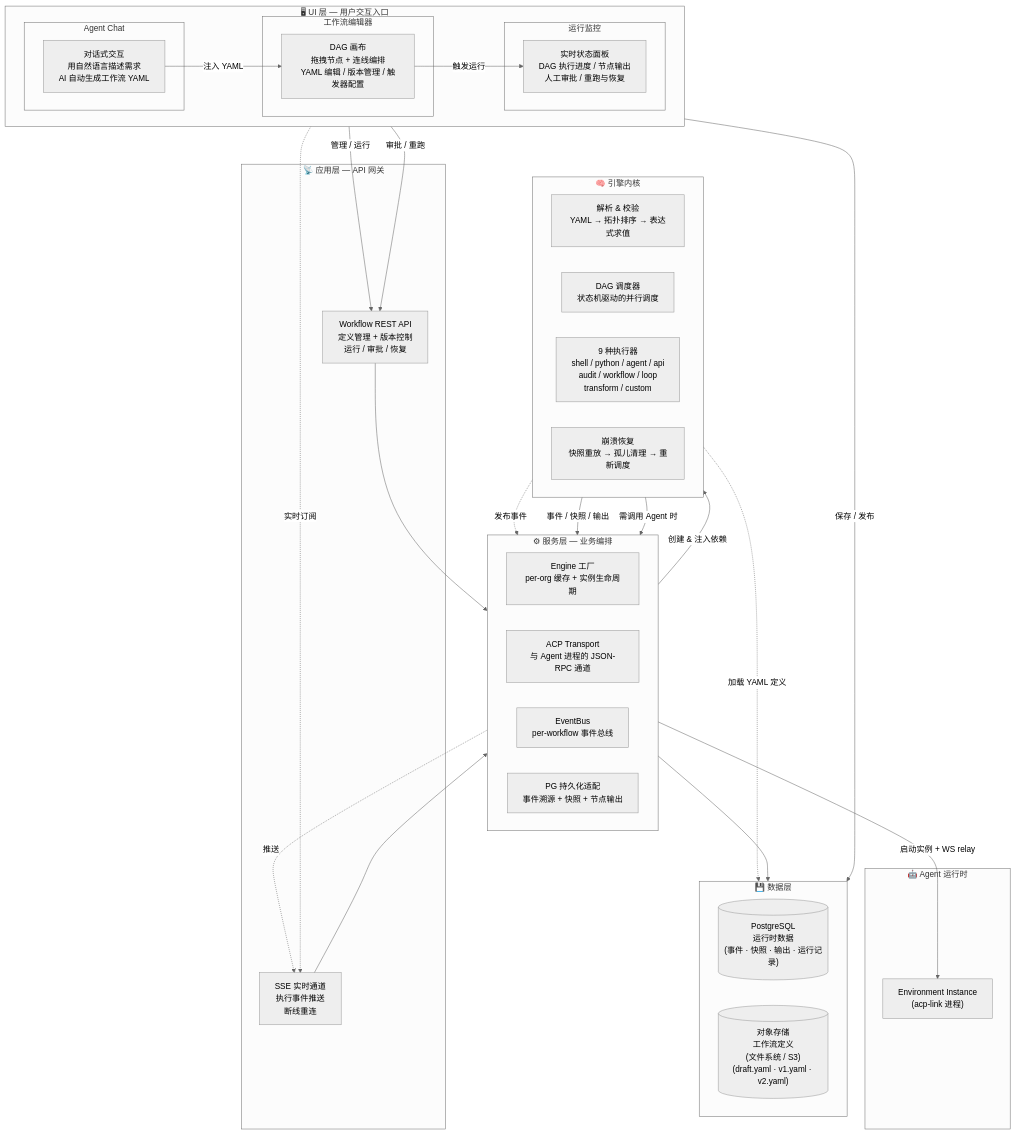
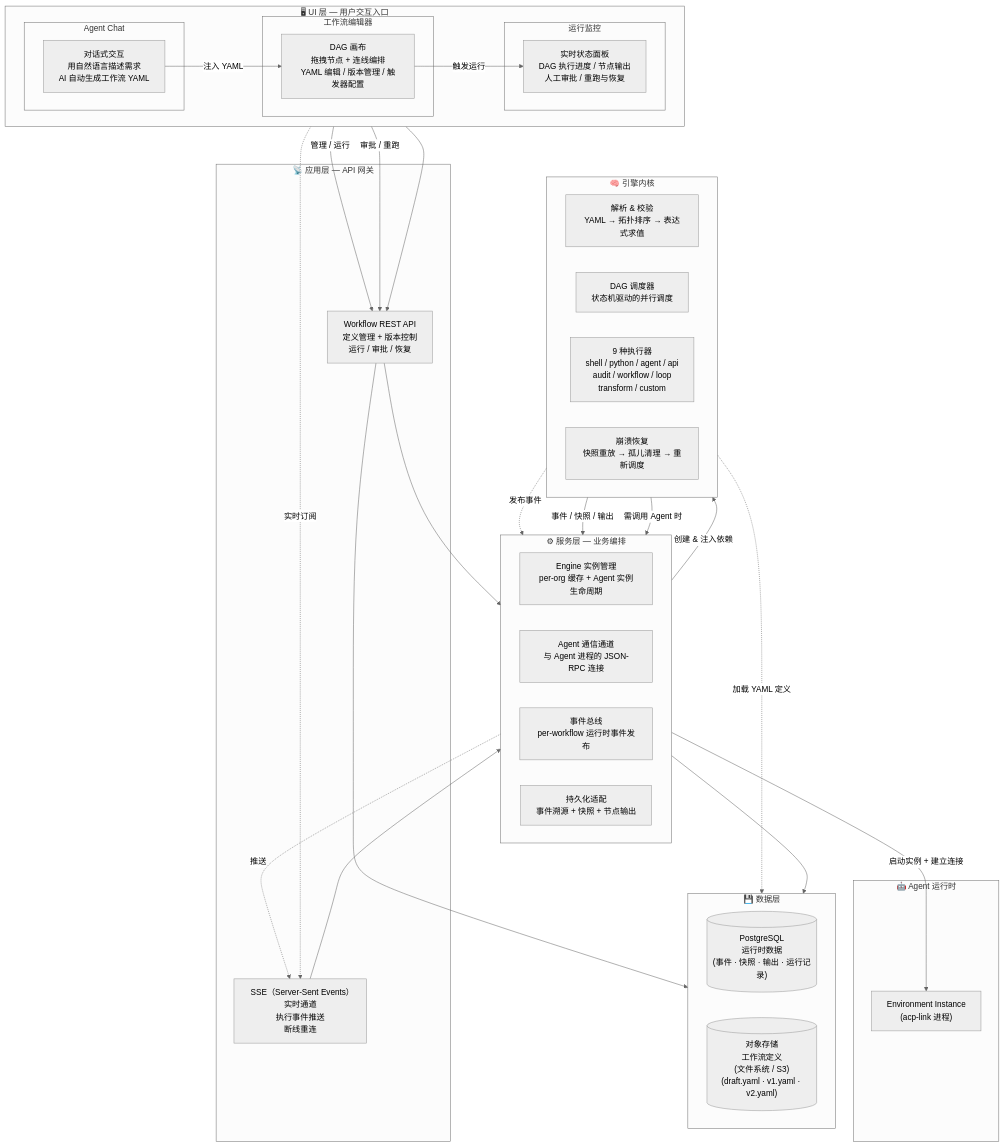
Before and after one commit to HuangPuStar/FenixAgent: the first of 11 diagrams in docs/developer/arch/workflow-architecture.md, drawn with Mermaid (neutral theme). The commit also changed other lines of this file, not shown here.

````diff
--- a/docs/developer/arch/workflow-architecture.md
+++ b/docs/developer/arch/workflow-architecture.md
@@ -11,78 +11,78 @@
 ```mermaid
 graph TB
     subgraph UI["🖥 UI 层 — 用户交互入口"]
         direction LR
 
         subgraph UI_DAG["工作流编辑器"]
             DAG_EDITOR["DAG 画布<br/>拖拽节点 + 连线编排<br/>YAML 编辑 / 版本管理 / 触发器配置"]
         end
 
         subgraph UI_CHAT["Agent Chat"]
             CHAT["对话式交互<br/>用自然语言描述需求<br/>AI 自动生成工作流 YAML"]
         end
 
         subgraph UI_MONITOR["运行监控"]
             MONITOR["实时状态面板<br/>DAG 执行进度 / 节点输出<br/>人工审批 / 重跑与恢复"]
         end
 
         CHAT -->|"注入 YAML"| DAG_EDITOR
         DAG_EDITOR -->|"触发运行"| MONITOR
     end
 
     subgraph API["📡 应用层 — API 网关"]
         API_REST["Workflow REST API<br/>定义管理 + 版本控制<br/>运行 / 审批 / 恢复"]
-        API_SSE["SSE 实时通道<br/>执行事件推送<br/>断线重连"]
+        API_SSE["SSE（Server-Sent Events）实时通道<br/>执行事件推送<br/>断线重连"]
     end
 
     subgraph SVC["⚙ 服务层 — 业务编排"]
         direction LR
-        FACTORY["Engine 工厂<br/>per-org 缓存 + 实例生命周期"]
-        TRANSPORT["ACP Transport<br/>与 Agent 进程的 JSON-RPC 通道"]
-        EVENTBUS["EventBus<br/>per-workflow 事件总线"]
-        STORAGE["PG 持久化适配<br/>事件溯源 + 快照 + 节点输出"]
+        FACTORY["Engine 实例管理<br/>per-org 缓存 + Agent 实例生命周期"]
+        TRANSPORT["Agent 通信通道<br/>与 Agent 进程的 JSON-RPC 连接"]
+        EVENTBUS["事件总线<br/>per-workflow 运行时事件发布"]
+        STORAGE["持久化适配<br/>事件溯源 + 快照 + 节点输出"]
     end
 
     subgraph ENGINE["🧠 引擎内核"]
         direction LR
         PARSE["解析 & 校验<br/>YAML → 拓扑排序 → 表达式求值"]
         SCHEDULER["DAG 调度器<br/>状态机驱动的并行调度"]
         EXECUTORS["9 种执行器<br/>shell / python / agent / api<br/>audit / workflow / loop<br/>transform / custom"]
         RECOV["崩溃恢复<br/>快照重放 → 孤儿清理 → 重新调度"]
     end
 
     subgraph DATA["💾 数据层"]
         direction LR
         PG[("PostgreSQL<br/>运行时数据<br/>(事件 · 快照 · 输出 · 运行记录)")]
         FS[("对象存储<br/>工作流定义<br/>(文件系统 / S3)<br/>(draft.yaml · v1.yaml · v2.yaml)")]
     end
 
     subgraph AGENT["🤖 Agent 运行时"]
         INSTANCE["Environment Instance<br/>(acp-link 进程)"]
     end
 
     %% UI → API
     DAG_EDITOR -->|"管理 / 运行"| API_REST
     MONITOR -.->|"实时订阅"| API_SSE
     MONITOR -->|"审批 / 重跑"| API_REST
 
     %% API → SVC
     API_REST --> FACTORY
     API_SSE --> EVENTBUS
 
     %% SVC ↔ Engine
     FACTORY -->|"创建 & 注入依赖"| ENGINE
     SCHEDULER -.->|"发布事件"| EVENTBUS
     EVENTBUS -.->|"推送"| API_SSE
 
     %% Engine → Data
     SCHEDULER -->|"事件 / 快照 / 输出"| STORAGE
     STORAGE --> PG
     PARSE -.->|"加载 YAML 定义"| FS
 
     %% Engine → Agent (agent 节点执行路径)
     EXECUTORS -->|"需调用 Agent 时"| TRANSPORT
-    TRANSPORT -->|"启动实例 + WS relay"| INSTANCE
+    TRANSPORT -->|"启动实例 + 建立连接"| INSTANCE
 
-    %% YAML 持久化
-    DAG_EDITOR -->|"保存 / 发布"| FS
+    %% YAML 持久化：编辑器通过 API 写入存储层
+    DAG_EDITOR --> API_REST --> FS
 ```
````
